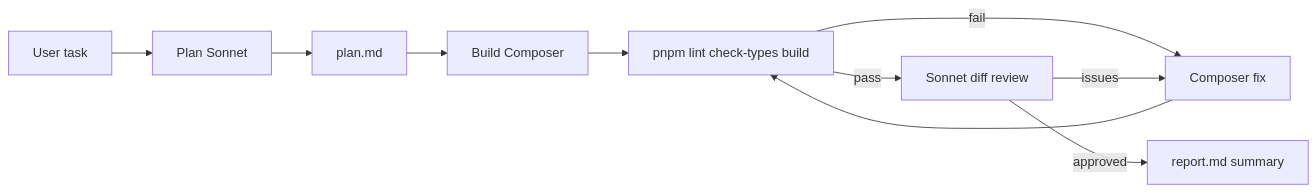
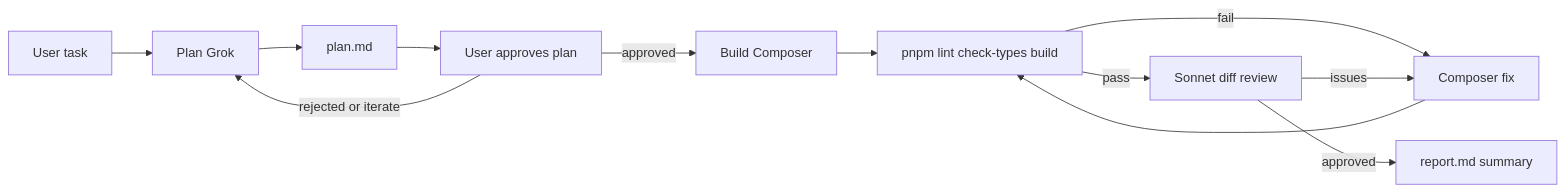
Before and after one commit to akashdas99/undoubt-next: the diagram in .cursor/skills/harness/SKILL.md, drawn with Mermaid. The commit also changed other lines of this file and 44 other files, not shown here.

````diff
--- a/.cursor/skills/harness/SKILL.md
+++ b/.cursor/skills/harness/SKILL.md
@@ -37,12 +37,14 @@
 ```mermaid
 flowchart LR
-  task[User task] --> planPhase[Plan Sonnet]
+  task[User task] --> planPhase[Plan Grok]
   planPhase --> planFile[plan.md]
-  planFile --> buildPhase[Build Composer]
+  planFile --> planApproval[User approves plan]
+  planApproval -->|rejected or iterate| planPhase
+  planApproval -->|approved| buildPhase[Build Composer]
   buildPhase --> cmdVerify[pnpm lint check-types build]
   cmdVerify -->|fail| fixLoop[Composer fix]
   fixLoop --> cmdVerify
   cmdVerify -->|pass| reviewPhase[Sonnet diff review]
   reviewPhase -->|issues| fixLoop
   reviewPhase -->|approved| done[report.md summary]
 ```
````
